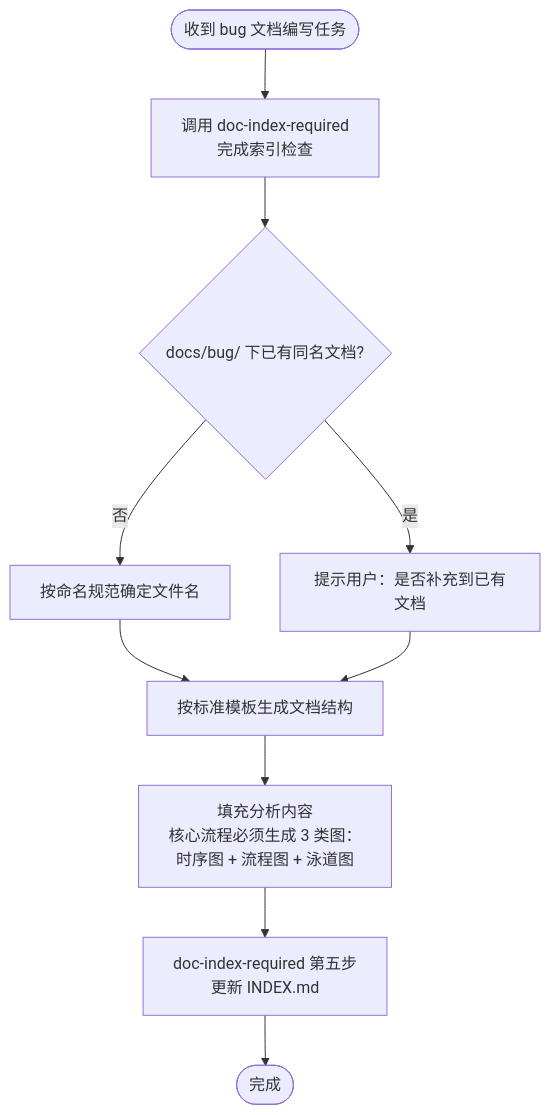
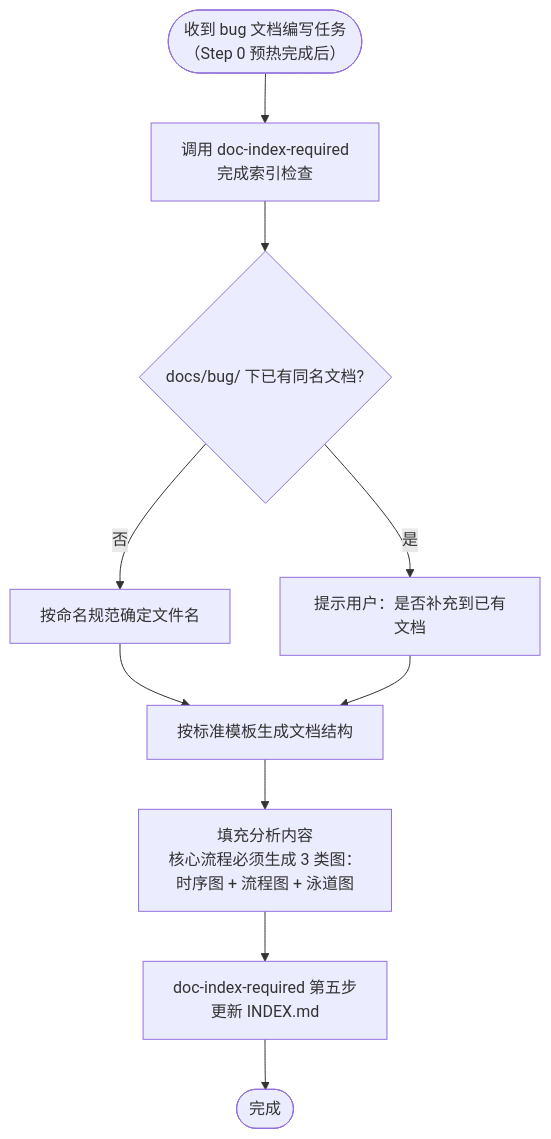
Before and after one commit to exception-coder/team-standards: the first of 4 diagrams in skills/bug-doc-required/SKILL.md, drawn with Mermaid. The commit also changed other lines of this file and 4 other files, not shown here.

First line of the commit message:
feat(context-routing): 知识图谱上下文预热机制

````diff
--- a/skills/bug-doc-required/SKILL.md
+++ b/skills/bug-doc-required/SKILL.md
@@ -16,12 +31,12 @@
 ```mermaid
 flowchart TD
-    A(["收到 bug 文档编写任务"]) --> B["调用 doc-index-required\n完成索引检查"]
+    A(["收到 bug 文档编写任务\n（Step 0 预热完成后）"]) --> B["调用 doc-index-required\n完成索引检查"]
     B --> C{"docs/bug/ 下已有同名文档?"}
     C -->|"是"| D["提示用户：是否补充到已有文档"]
     C -->|"否"| E["按命名规范确定文件名"]
     E --> F["按标准模板生成文档结构"]
     F --> G["填充分析内容\n核心流程必须生成 3 类图：\n时序图 + 流程图 + 泳道图"]
     G --> H["doc-index-required 第五步\n更新 INDEX.md"]
     H --> I(["完成"])
     D --> F
 ```
````
